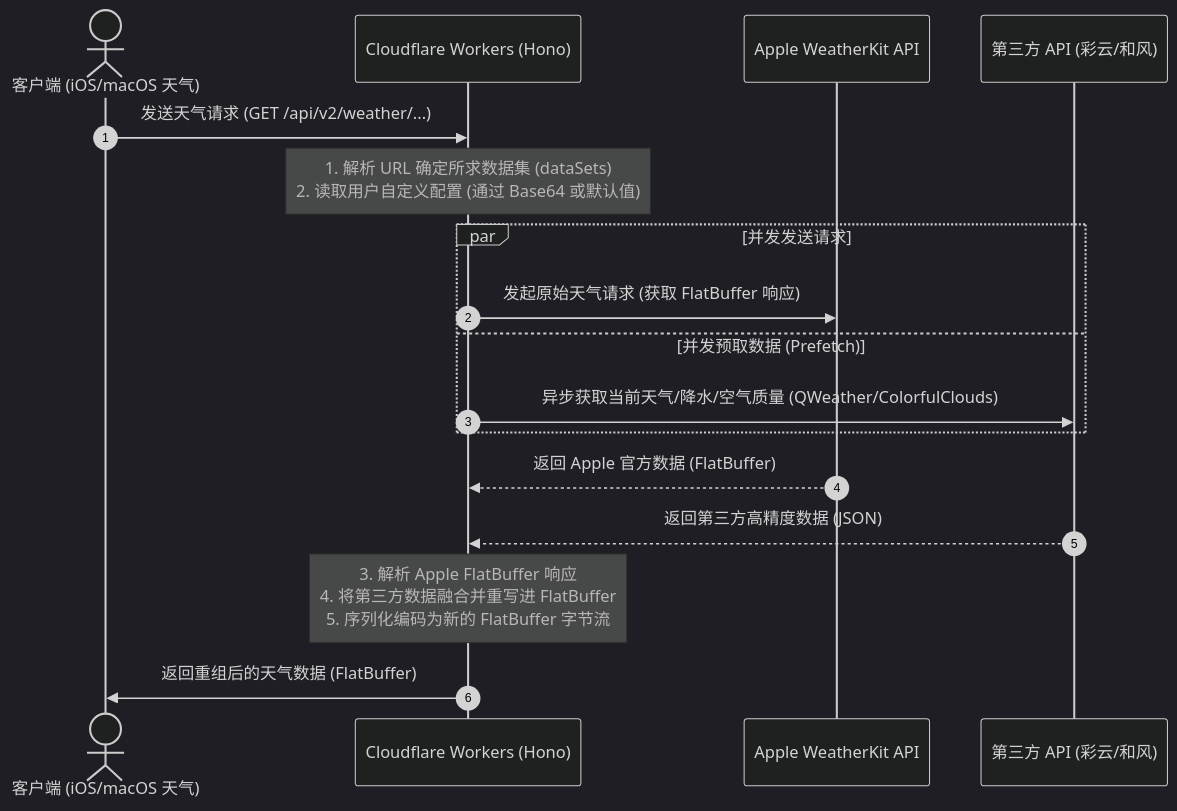
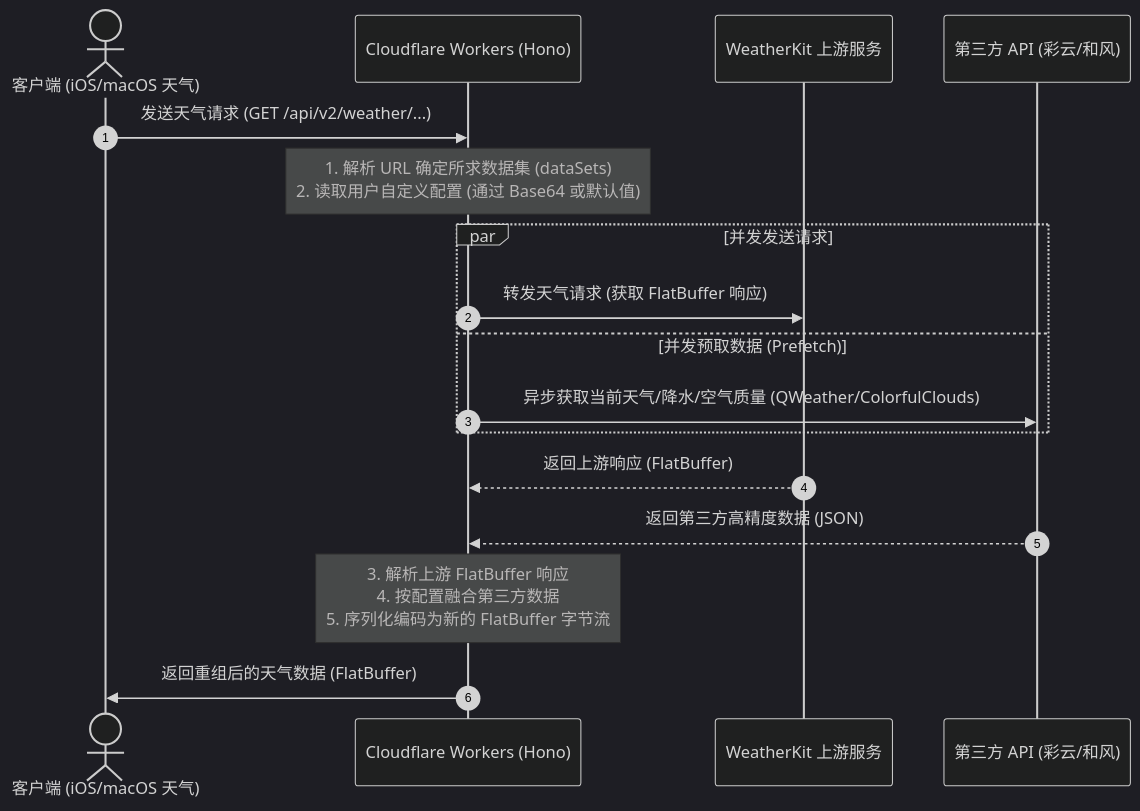
One commit to meme-lau/weatherkit-proxy changed the diagram in docs/architecture.md. Above: the diagram before and after it, drawn with Mermaid (dark theme). The commit also changed other lines of this file and 14 other files, not shown here.

Commit message:
chore: clarify WeatherKit provenance and wording

````diff
--- a/docs/architecture.md
+++ b/docs/architecture.md
@@ -22,24 +22,24 @@
 ```mermaid
 sequenceDiagram
     autonumber
     actor Client as 客户端 (iOS/macOS 天气)
     participant CF as Cloudflare Workers (Hono)
-    participant Apple as Apple WeatherKit API
+    participant Upstream as WeatherKit 上游服务
     participant ThirdParty as 第三方 API (彩云/和风)
 
     Client->>CF: 发送天气请求 (GET /api/v2/weather/...)
     Note over CF: 1. 解析 URL 确定所求数据集 (dataSets)<br/>2. 读取用户自定义配置 (通过 Base64 或默认值)
     
     par 并发发送请求
-        CF->>Apple: 发起原始天气请求 (获取 FlatBuffer 响应)
+        CF->>Upstream: 转发天气请求 (获取 FlatBuffer 响应)
     and 并发预取数据 (Prefetch)
         CF->>ThirdParty: 异步获取当前天气/降水/空气质量 (QWeather/ColorfulClouds)
     end
     
-    Apple-->>CF: 返回 Apple 官方数据 (FlatBuffer)
+    Upstream-->>CF: 返回上游响应 (FlatBuffer)
     ThirdParty-->>CF: 返回第三方高精度数据 (JSON)
     
-    Note over CF: 3. 解析 Apple FlatBuffer 响应<br/>4. 将第三方数据融合并重写进 FlatBuffer<br/>5. 序列化编码为新的 FlatBuffer 字节流
+    Note over CF: 3. 解析上游 FlatBuffer 响应<br/>4. 按配置融合第三方数据<br/>5. 序列化编码为新的 FlatBuffer 字节流
     
     CF->>Client: 返回重组后的天气数据 (FlatBuffer)
 ```
````
